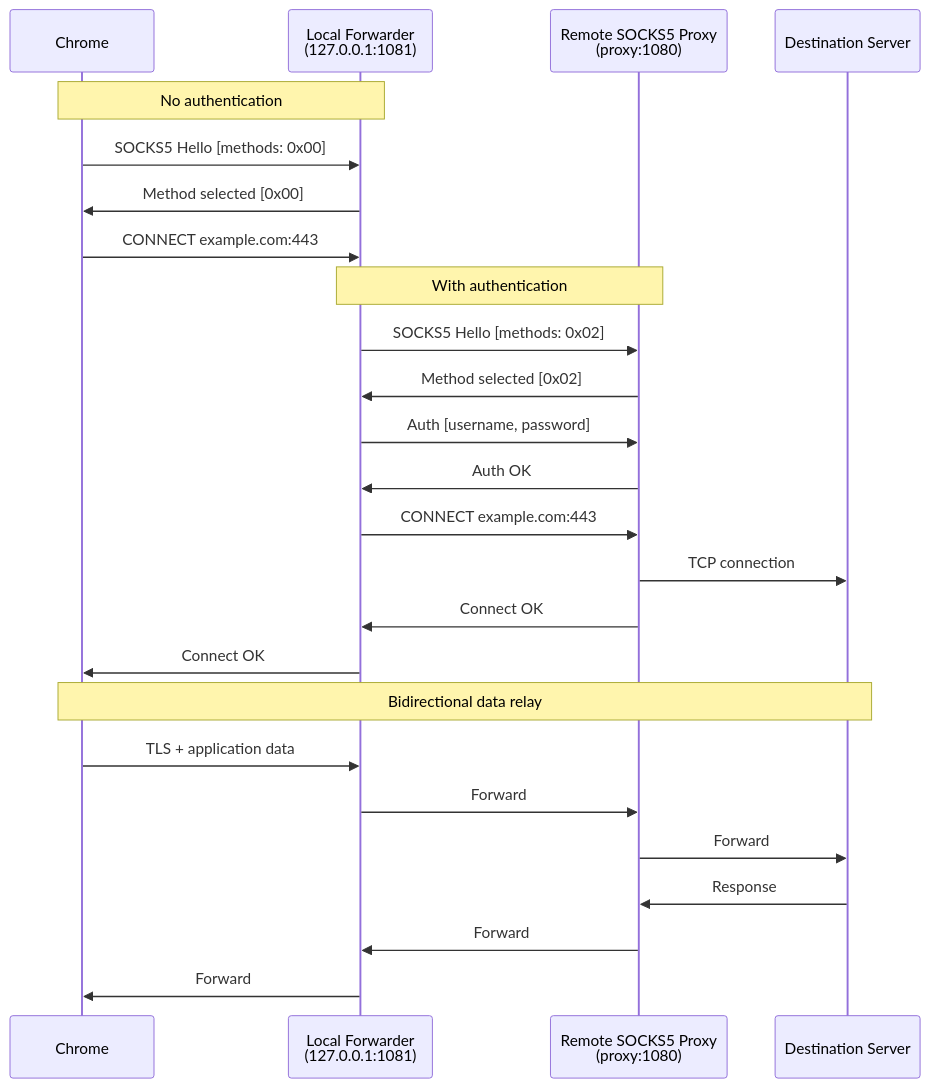
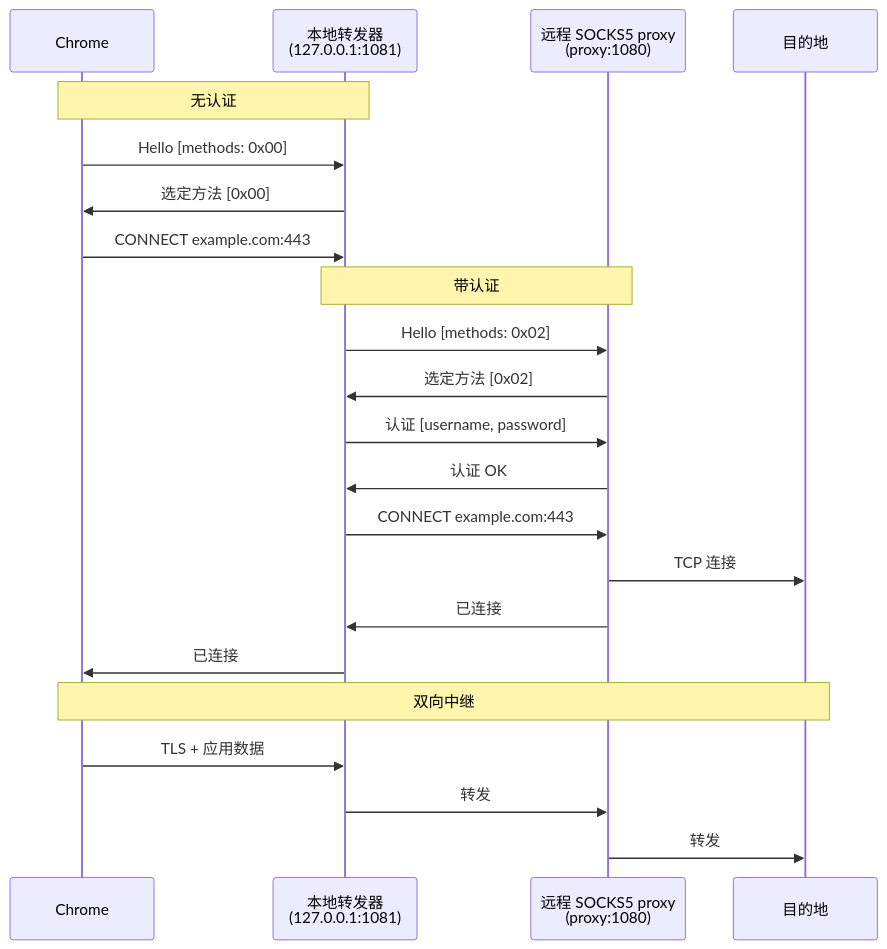
Before and after one commit to autoscrape-labs/pydoll: the second of 2 diagrams in docs/zh/deep-dive/network/socks-proxies.md, drawn with Mermaid. The commit also changed other lines of this file and 241 other files, not shown here.

````diff
--- a/docs/zh/deep-dive/network/socks-proxies.md
+++ b/docs/zh/deep-dive/network/socks-proxies.md
@@ -243,31 +197,27 @@
 ```mermaid
 sequenceDiagram
-    participant Chrome
-    participant Forwarder as Local Forwarder<br/>(127.0.0.1:1081)
-    participant Remote as Remote SOCKS5 Proxy<br/>(proxy:1080)
-    participant Server as Destination Server
+    participant Chrome as Chrome
+    participant Forwarder as 本地转发器<br/>(127.0.0.1:1081)
+    participant Remote as 远程 SOCKS5 proxy<br/>(proxy:1080)
+    participant Server as 目的地
 
-    Note over Chrome,Forwarder: No authentication
-    Chrome->>Forwarder: SOCKS5 Hello [methods: 0x00]
-    Forwarder->>Chrome: Method selected [0x00]
+    Note over Chrome,Forwarder: 无认证
+    Chrome->>Forwarder: Hello [methods: 0x00]
+    Forwarder->>Chrome: 选定方法 [0x00]
     Chrome->>Forwarder: CONNECT example.com:443
 
-    Note over Forwarder,Remote: With authentication
-    Forwarder->>Remote: SOCKS5 Hello [methods: 0x02]
-    Remote->>Forwarder: Method selected [0x02]
-    Forwarder->>Remote: Auth [username, password]
-    Remote->>Forwarder: Auth OK
+    Note over Forwarder,Remote: 带认证
+    Forwarder->>Remote: Hello [methods: 0x02]
+    Remote->>Forwarder: 选定方法 [0x02]
+    Forwarder->>Remote: 认证 [username, password]
+    Remote->>Forwarder: 认证 OK
     Forwarder->>Remote: CONNECT example.com:443
-    Remote->>Server: TCP connection
-    Remote->>Forwarder: Connect OK
+    Remote->>Server: TCP 连接
+    Remote->>Forwarder: 已连接
+    Forwarder->>Chrome: 已连接
 
-    Forwarder->>Chrome: Connect OK
-
-    Note over Chrome,Server: Bidirectional data relay
-    Chrome->>Forwarder: TLS + application data
-    Forwarder->>Remote: Forward
-    Remote->>Server: Forward
-    Server->>Remote: Response
-    Remote->>Forwarder: Forward
-    Forwarder->>Chrome: Forward
+    Note over Chrome,Server: 双向中继
+    Chrome->>Forwarder: TLS + 应用数据
+    Forwarder->>Remote: 转发
+    Remote->>Server: 转发
 ```
````
